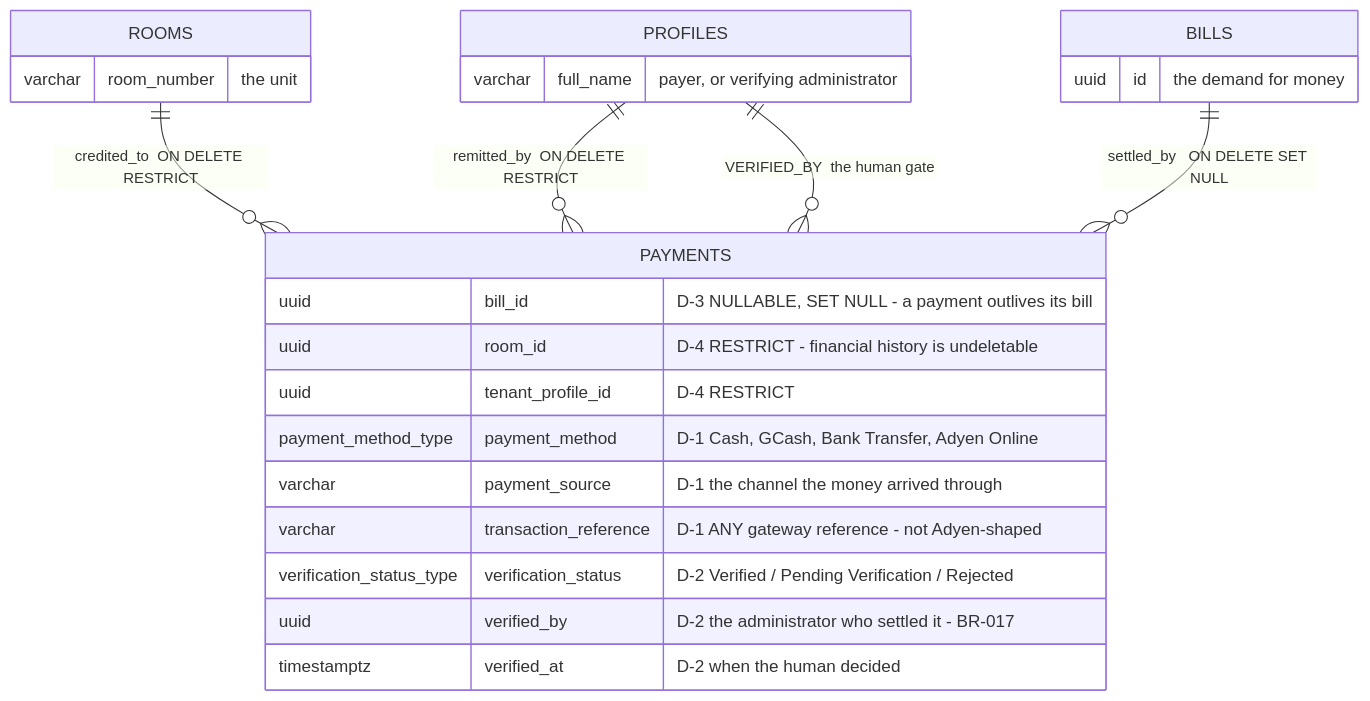
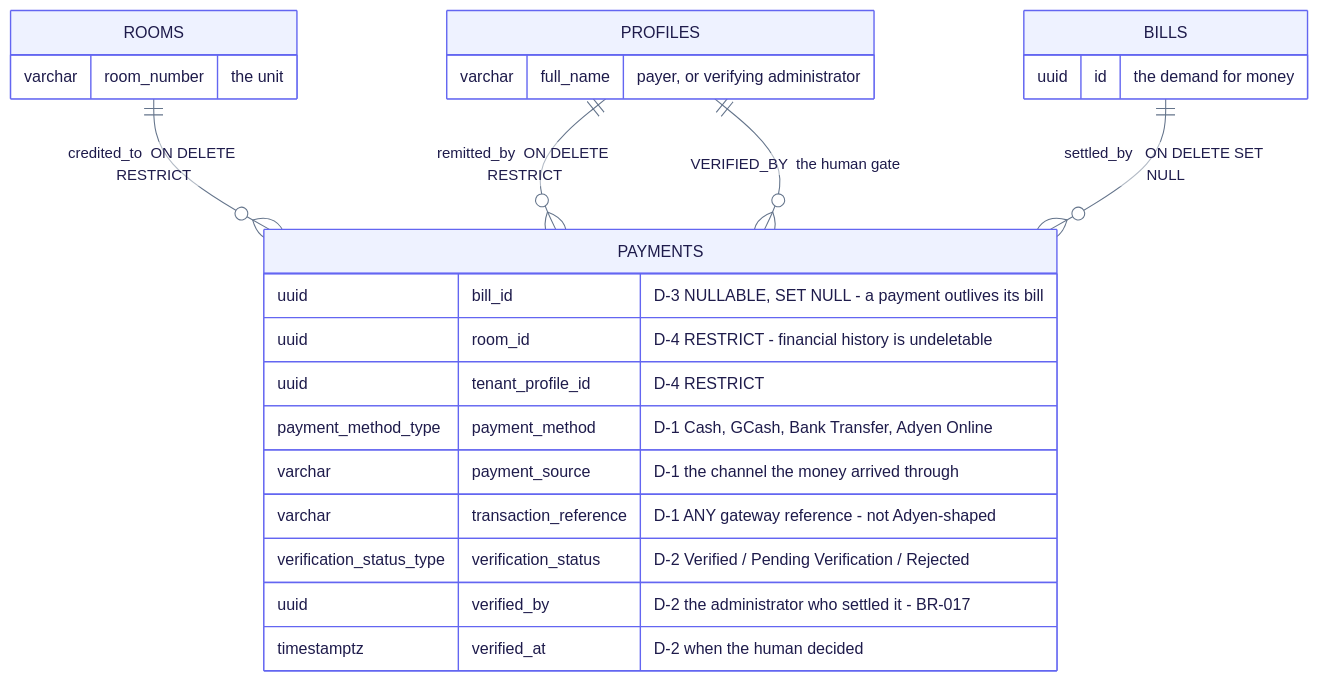
Before and after one commit to SeanJerve/hivelet: the diagram in docs/diagrams/hivelet_erd_defense_payments.mmd, drawn with Mermaid. The commit also changed 11 other files, not shown here.

First line of the commit message:
docs(diagrams): paste-ready Mermaid source, themed; explain the DFD change

```diff
--- a/docs/diagrams/hivelet_erd_defense_payments.mmd
+++ b/docs/diagrams/hivelet_erd_defense_payments.mmd
@@ -1,30 +1,31 @@
+%%{init: {'theme':'base','themeVariables':{'fontFamily':'Inter, Segoe UI, Helvetica, sans-serif','fontSize':'15px','primaryColor':'#eef2ff','primaryTextColor':'#1e1b4b','primaryBorderColor':'#6366f1','lineColor':'#64748b','attributeBackgroundColorOdd':'#ffffff','attributeBackgroundColorEven':'#f8fafc'}}}%%
 erDiagram
 
     ROOMS    ||--o{ PAYMENTS : "credited_to  ON DELETE RESTRICT"
     PROFILES ||--o{ PAYMENTS : "remitted_by  ON DELETE RESTRICT"
     BILLS    ||--o{ PAYMENTS : "settled_by   ON DELETE SET NULL"
     PROFILES ||--o{ PAYMENTS : "VERIFIED_BY  the human gate"
 
     PAYMENTS {
         uuid bill_id "D-3  NULLABLE, SET NULL - a payment outlives its bill"
         uuid room_id "D-4  RESTRICT - financial history is undeletable"
         uuid tenant_profile_id "D-4  RESTRICT"
         payment_method_type payment_method "D-1  Cash, GCash, Bank Transfer, Adyen Online"
         varchar payment_source "D-1  the channel the money arrived through"
         varchar transaction_reference "D-1  ANY gateway reference - not Adyen-shaped"
         verification_status_type verification_status "D-2  Verified / Pending Verification / Rejected"
         uuid verified_by "D-2  the administrator who settled it - BR-017"
         timestamptz verified_at "D-2  when the human decided"
     }
 
     BILLS {
         uuid id "the demand for money"
     }
 
     ROOMS {
         varchar room_number "the unit"
     }
 
     PROFILES {
         varchar full_name "payer, or verifying administrator"
     }
```
